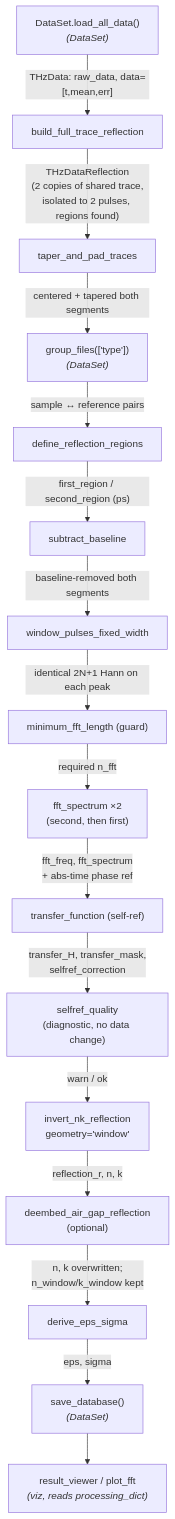
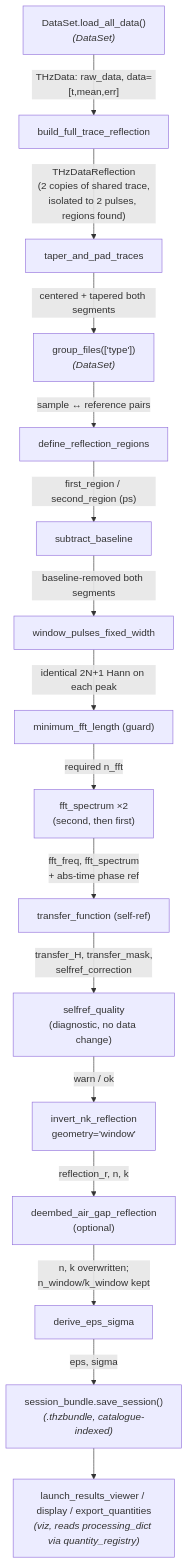
The second of 2 diagrams in PIPELINE_ARCHITECTURE.md (NanoMatch1/thz_analysis), drawn with Mermaid before and after one commit. The commit also changed other lines of this file and 25 other files, not shown here.

````diff
--- a/PIPELINE_ARCHITECTURE.md
+++ b/PIPELINE_ARCHITECTURE.md
@@ -100,23 +100,23 @@
 ```mermaid
 flowchart TD
     L["DataSet.load_all_data()<br/><i>(DataSet)</i>"] -->|"THzData: raw_data, data=[t,mean,err]"| B
 
     B["build_full_trace_reflection"] -->|"THzDataReflection<br/>(2 copies of shared trace,<br/>isolated to 2 pulses, regions found)"| T
     T["taper_and_pad_traces"] -->|"centered + tapered both segments"| G
     G["group_files(['type'])<br/><i>(DataSet)</i>"] -->|"sample ↔ reference pairs"| R
     R["define_reflection_regions"] -->|"first_region / second_region (ps)"| BL
     BL["subtract_baseline"] -->|"baseline-removed both segments"| W
     W["window_pulses_fixed_width"] -->|"identical 2N+1 Hann on each peak"| MF
 
     MF["minimum_fft_length (guard)"] -->|"required n_fft"| F
     F["fft_spectrum ×2<br/>(second, then first)"] -->|"fft_freq, fft_spectrum<br/>+ abs-time phase ref"| TF
 
     TF["transfer_function (self-ref)"] -->|"transfer_H, transfer_mask,<br/>selfref_correction"| Q
     Q["selfref_quality<br/>(diagnostic, no data change)"] -->|"warn / ok"| INV
     INV["invert_nk_reflection<br/>geometry='window'"] -->|"reflection_r, n, k"| DE
     DE["deembed_air_gap_reflection<br/>(optional)"] -->|"n, k overwritten;<br/>n_window/k_window kept"| DV
     DV["derive_eps_sigma"] -->|"eps, sigma"| SV
 
-    SV["save_database()<br/><i>(DataSet)</i>"] --> RV
-    RV["result_viewer / plot_fft<br/><i>(viz, reads processing_dict)</i>"]
+    SV["session_bundle.save_session()<br/><i>(.thzbundle, catalogue-indexed)</i>"] --> RV
+    RV["launch_results_viewer / display / export_quantities<br/><i>(viz, reads processing_dict via quantity_registry)</i>"]
 ```
````
